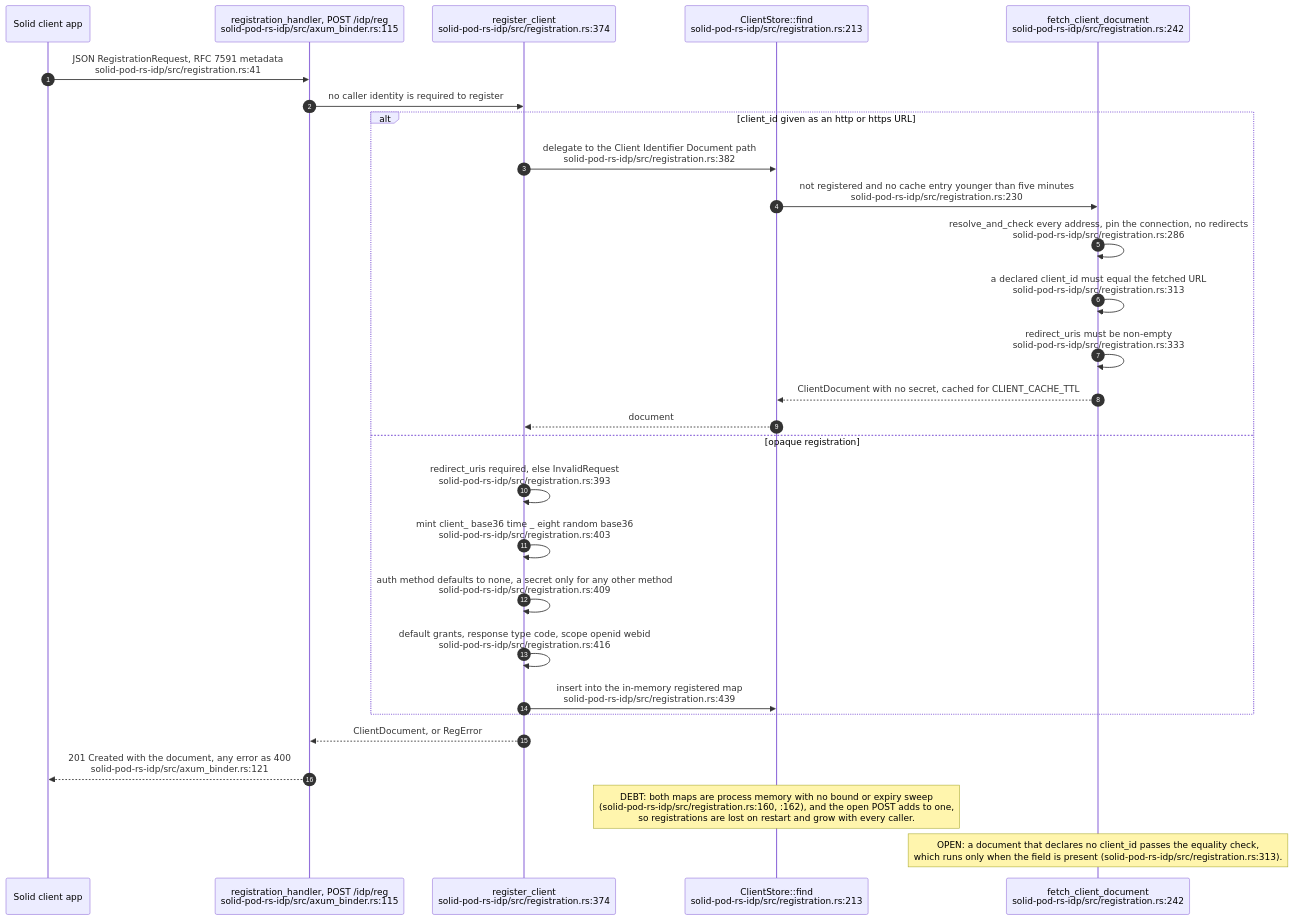
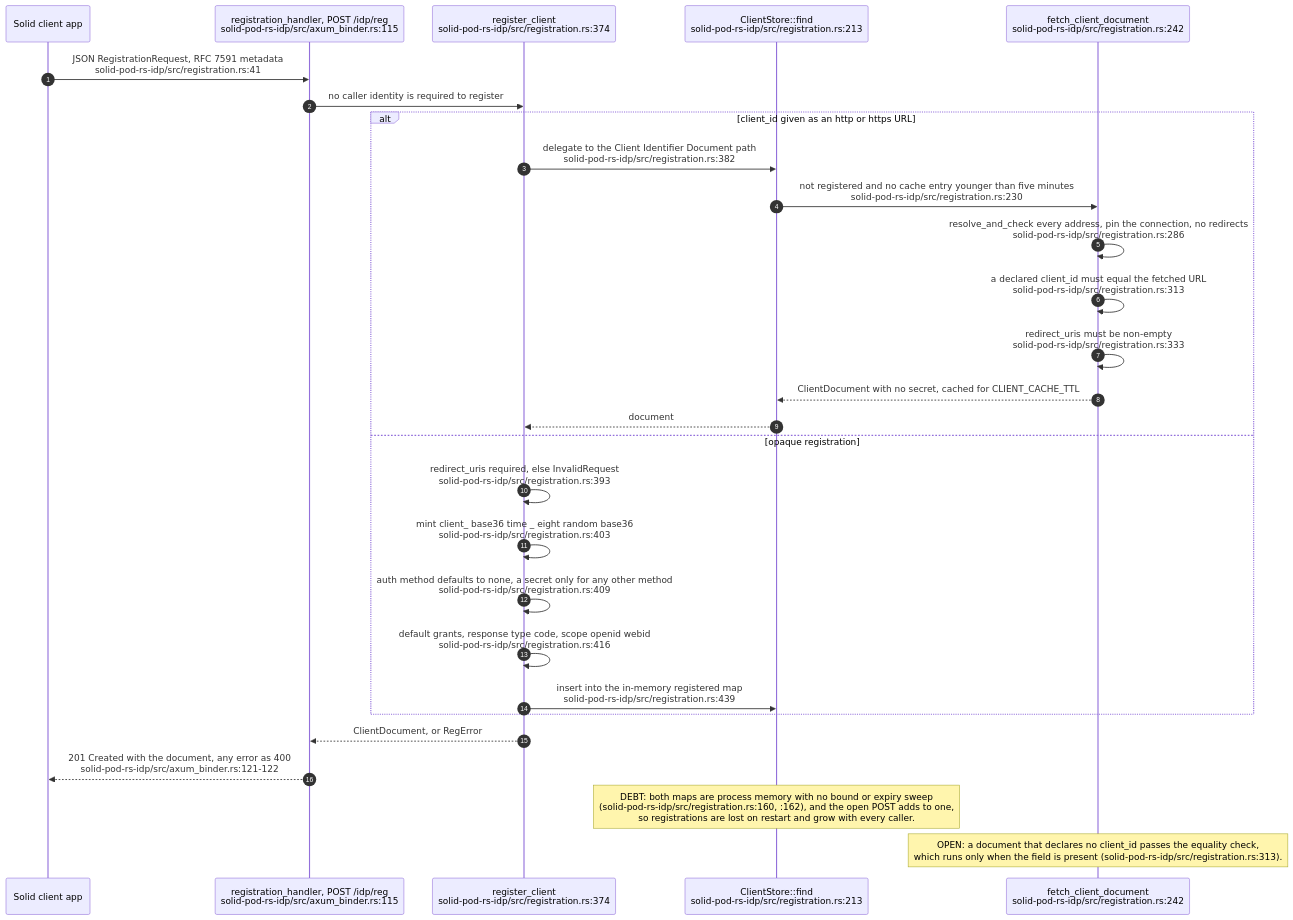
Before and after one commit to DreamLab-AI/VisionFlow: diagram 19 of 19 in docs/diagrams/solid-pod-rs/05-identity-nip98-did-oidc.md, drawn with Mermaid. The commit also changed 3 other files, not shown here.

First line of the commit message:
diagrams(solid-pod-rs): fix skeptic findings on the solid-pod-rs move

````diff
--- a/docs/diagrams/solid-pod-rs/05-identity-nip98-did-oidc.md
+++ b/docs/diagrams/solid-pod-rs/05-identity-nip98-did-oidc.md
@@ -614,31 +614,31 @@
 ```mermaid
 sequenceDiagram
     autonumber
     participant App as Solid client app
     participant B as registration_handler, POST /idp/reg<br/>solid-pod-rs-idp/src/axum_binder.rs:115
     participant R as register_client<br/>solid-pod-rs-idp/src/registration.rs:374
     participant CS as ClientStore::find<br/>solid-pod-rs-idp/src/registration.rs:213
     participant F as fetch_client_document<br/>solid-pod-rs-idp/src/registration.rs:242
 
     App->>B: JSON RegistrationRequest, RFC 7591 metadata<br/>solid-pod-rs-idp/src/registration.rs:41
     B->>R: no caller identity is required to register
     alt client_id given as an http or https URL
         R->>CS: delegate to the Client Identifier Document path<br/>solid-pod-rs-idp/src/registration.rs:382
         CS->>F: not registered and no cache entry younger than five minutes<br/>solid-pod-rs-idp/src/registration.rs:230
         F->>F: resolve_and_check every address, pin the connection, no redirects<br/>solid-pod-rs-idp/src/registration.rs:286
         F->>F: a declared client_id must equal the fetched URL<br/>solid-pod-rs-idp/src/registration.rs:313
         F->>F: redirect_uris must be non-empty<br/>solid-pod-rs-idp/src/registration.rs:333
         F-->>CS: ClientDocument with no secret, cached for CLIENT_CACHE_TTL
         CS-->>R: document
     else opaque registration
         R->>R: redirect_uris required, else InvalidRequest<br/>solid-pod-rs-idp/src/registration.rs:393
         R->>R: mint client_ base36 time _ eight random base36<br/>solid-pod-rs-idp/src/registration.rs:403
         R->>R: auth method defaults to none, a secret only for any other method<br/>solid-pod-rs-idp/src/registration.rs:409
         R->>R: default grants, response type code, scope openid webid<br/>solid-pod-rs-idp/src/registration.rs:416
         R->>CS: insert into the in-memory registered map<br/>solid-pod-rs-idp/src/registration.rs:439
     end
     R-->>B: ClientDocument, or RegError
-    B-->>App: 201 Created with the document, any error as 400<br/>solid-pod-rs-idp/src/axum_binder.rs:121
+    B-->>App: 201 Created with the document, any error as 400<br/>solid-pod-rs-idp/src/axum_binder.rs:121-122
     Note over CS: DEBT: both maps are process memory with no bound or expiry sweep<br/>(solid-pod-rs-idp/src/registration.rs:160, :162), and the open POST adds to one,<br/>so registrations are lost on restart and grow with every caller.
     Note over F: OPEN: a document that declares no client_id passes the equality check,<br/>which runs only when the field is present (solid-pod-rs-idp/src/registration.rs:313).
 ```
````
